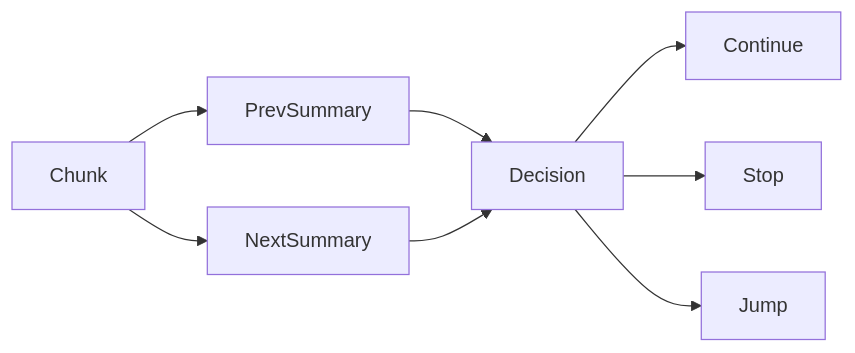
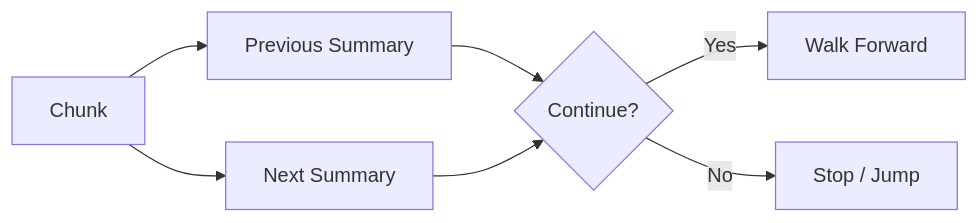
Before and after one commit to vanshksingh/Thread-RAG: diagram 14 of 19 in README.md, drawn with Mermaid. The commit also changed other lines of this file, not shown here.

First line of the commit message:
Revise THREAD-RAG architecture details in README

````diff
--- a/README.md
+++ b/README.md
@@ -335,10 +284,8 @@
 ```mermaid
 flowchart LR
-Chunk --> PrevSummary
-Chunk --> NextSummary
-PrevSummary --> Decision
-NextSummary --> Decision
-Decision --> Continue
-Decision --> Stop
-Decision --> Jump
+Chunk --> PrevSummary["Previous Summary"]
+Chunk --> NextSummary["Next Summary"]
+PrevSummary & NextSummary --> Decision{"Continue?"}
+Decision -->|Yes| Continue["Walk Forward"]
+Decision -->|No| Stop["Stop / Jump"]
 ```
````
